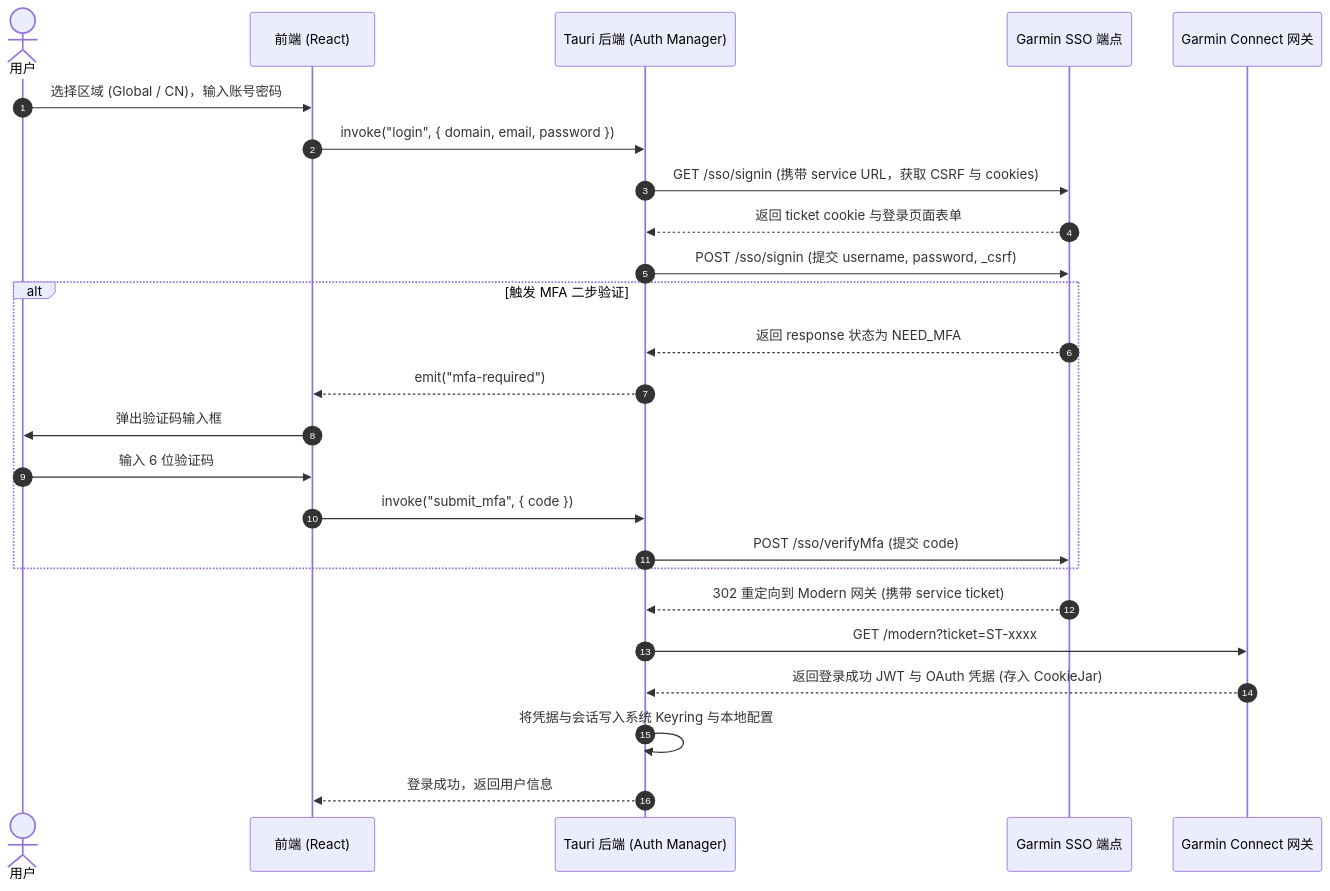
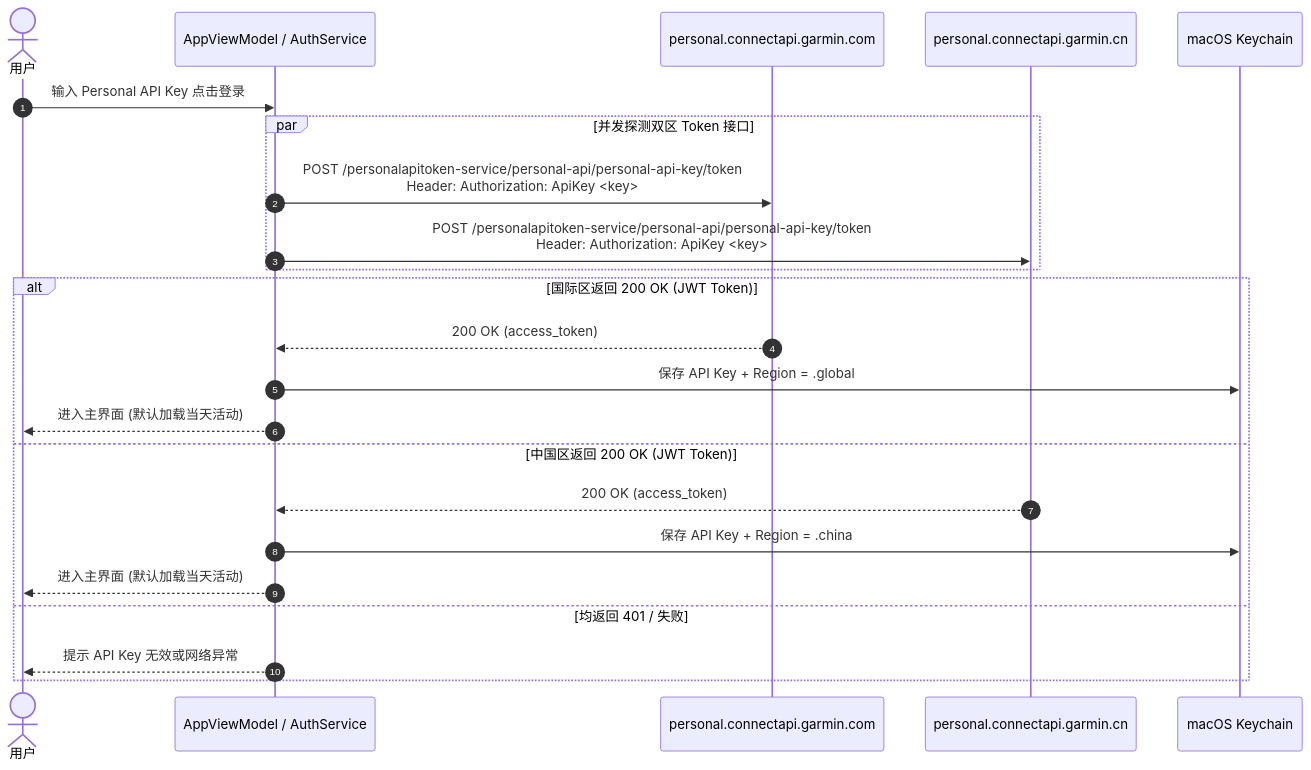
One commit to AubreyHan/PersonalDev changed the second of 2 diagrams in DevDoc/garmin-activity-exporter/ARCHITECTURE.md. Above: the diagram before and after it, drawn with Mermaid. The commit also changed other lines of this file and 4 other files, not shown here.

Commit message:
auto-sync: 2026-11-11 21:52:09 - 5 files (modified: ARCHITECTURE.md, modified: IMPLEMENTATION_PLAN.md, +3 more)

````diff
--- a/DevDoc/garmin-activity-exporter/ARCHITECTURE.md
+++ b/DevDoc/garmin-activity-exporter/ARCHITECTURE.md
@@ -153,30 +100,26 @@
 ```mermaid
 sequenceDiagram
     autonumber
     actor User as 用户
-    participant UI as 前端 (React)
-    participant Rust as Tauri 后端 (Auth Manager)
-    participant SSO as Garmin SSO 端点
-    participant Modern as Garmin Connect 网关
+    participant App as AppViewModel / AuthService
+    participant Global as personal.connectapi.garmin.com
+    participant CN as personal.connectapi.garmin.cn
+    participant KC as macOS Keychain
 
-    User->>UI: 选择区域 (Global / CN)，输入账号密码
-    UI->>Rust: invoke("login", { domain, email, password })
-    Rust->>SSO: GET /sso/signin (携带 service URL，获取 CSRF 与 cookies)
-    SSO-->>Rust: 返回 ticket cookie 与登录页面表单
-    Rust->>SSO: POST /sso/signin (提交 username, password, _csrf)
-    
-    alt 触发 MFA 二步验证
-        SSO-->>Rust: 返回 response 状态为 NEED_MFA
-        Rust-->>UI: emit("mfa-required")
-        UI->>User: 弹出验证码输入框
-        User->>UI: 输入 6 位验证码
-        UI->>Rust: invoke("submit_mfa", { code })
-        Rust->>SSO: POST /sso/verifyMfa (提交 code)
+    User->>App: 输入 Personal API Key 点击登录
+    par 并发探测双区 Token 接口
+        App->>Global: POST /personalapitoken-service/personal-api/personal-api-key/token<br/>Header: Authorization: ApiKey <key>
+        App->>CN: POST /personalapitoken-service/personal-api/personal-api-key/token<br/>Header: Authorization: ApiKey <key>
     end
-
-    SSO-->>Rust: 302 重定向到 Modern 网关 (携带 service ticket)
-    Rust->>Modern: GET /modern?ticket=ST-xxxx
-    Modern-->>Rust: 返回登录成功 JWT 与 OAuth 凭据 (存入 CookieJar)
-    Rust->>Rust: 将凭据与会话写入系统 Keyring 与本地配置
-    Rust-->>UI: 登录成功，返回用户信息
+    alt 国际区返回 200 OK (JWT Token)
+        Global-->>App: 200 OK (access_token)
+        App->>KC: 保存 API Key + Region = .global
+        App-->>User: 进入主界面 (默认加载当天活动)
+    else 中国区返回 200 OK (JWT Token)
+        CN-->>App: 200 OK (access_token)
+        App->>KC: 保存 API Key + Region = .china
+        App-->>User: 进入主界面 (默认加载当天活动)
+    else 均返回 401 / 失败
+        App-->>User: 提示 API Key 无效或网络异常
+    end
 ```
````
